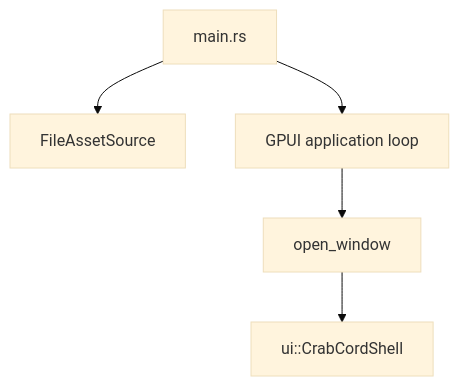
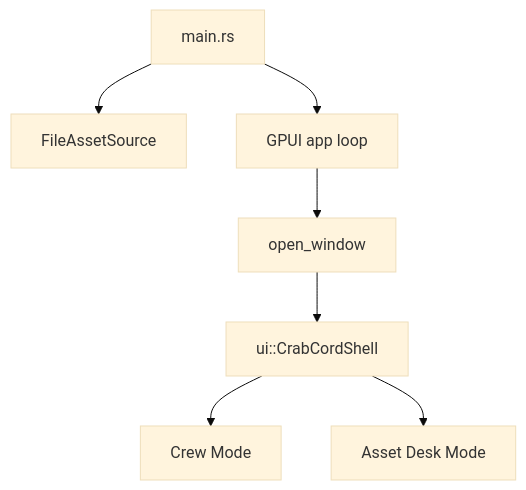
Before and after one commit to BradleyMatera/rustpractice: the diagram in gpui-playground/docs/ARCHITECTURE.md, drawn with Mermaid (base theme). The commit also changed other lines of this file and 8 other files, not shown here.

````diff
--- a/gpui-playground/docs/ARCHITECTURE.md
+++ b/gpui-playground/docs/ARCHITECTURE.md
@@ -5,7 +5,9 @@
 ```mermaid
 flowchart TD
     A[main.rs] --> B[FileAssetSource]
-    A --> C[GPUI application loop]
+    A --> C[GPUI app loop]
     C --> D[open_window]
     D --> E[ui::CrabCordShell]
+    E --> F[Crew Mode]
+    E --> G[Asset Desk Mode]
 ```
````
